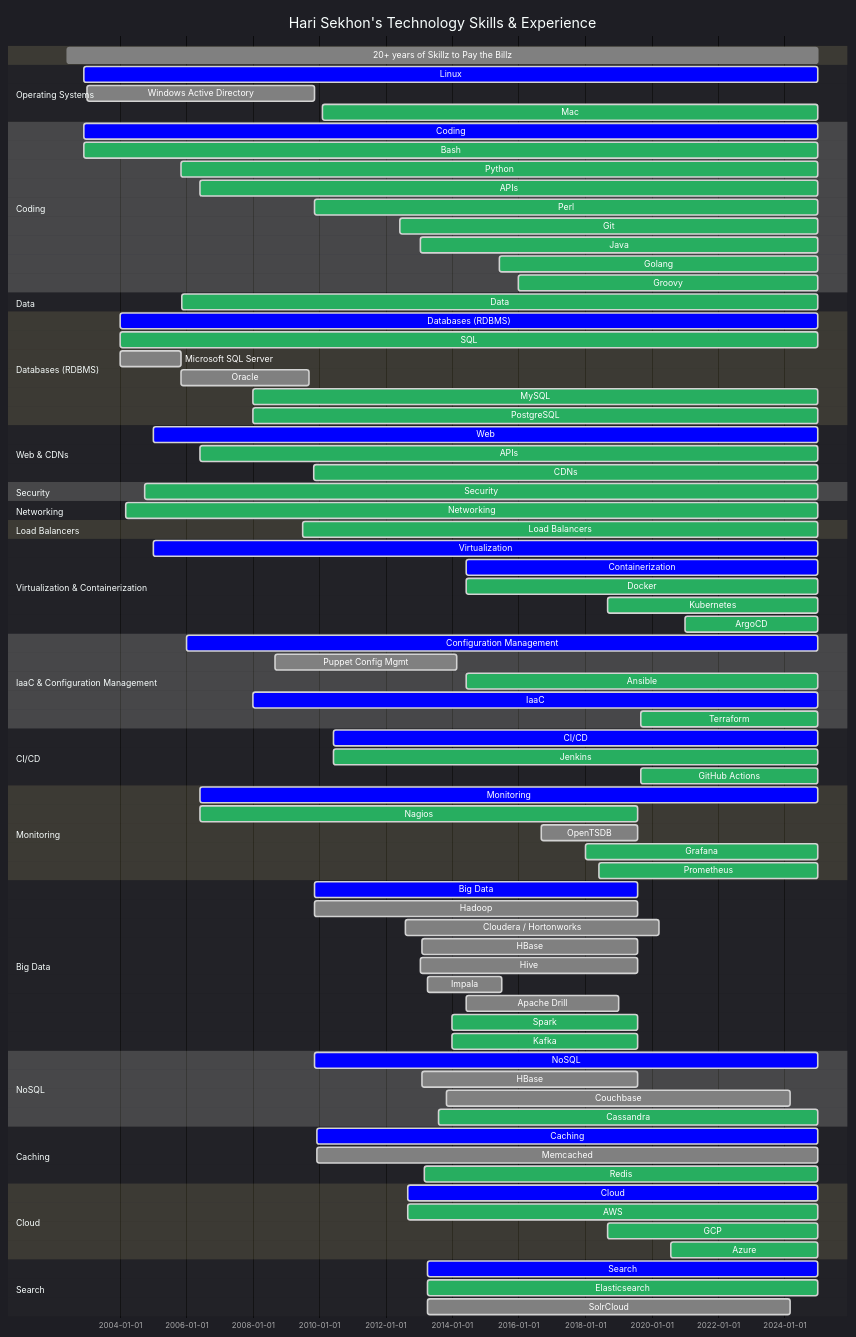
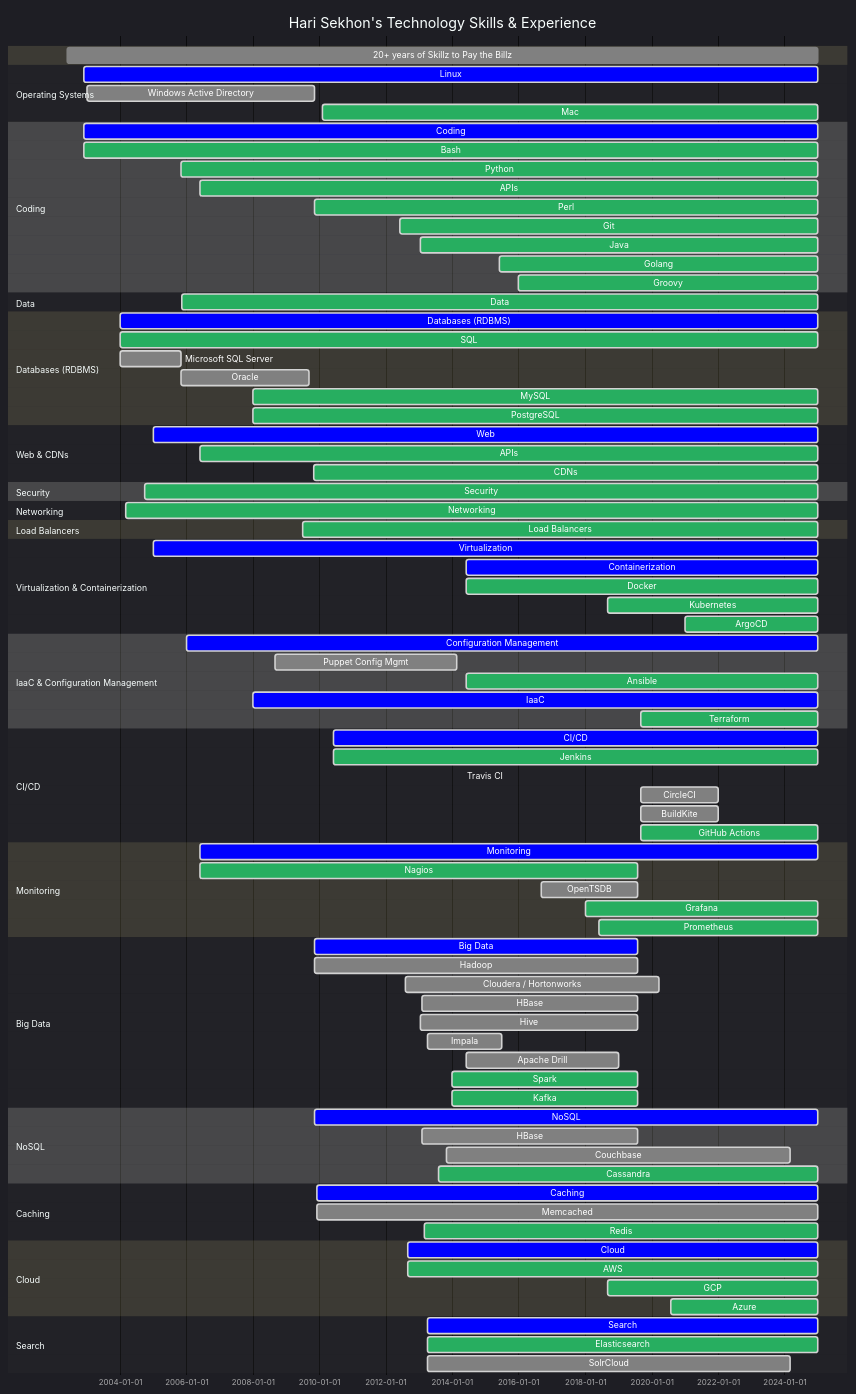
One commit to HariSekhon/HariSekhon changed the diagram in README.md. Above: the diagram before and after it, drawn with Mermaid.

```diff
--- a/README.md
+++ b/README.md
@@ -414,10 +414,10 @@
     section CI/CD
     CI/CD                  : crit, 2010-06-01, 2024-12-31
     Jenkins                : active, 2010-06-01, 2024-12-31
-    %%Travis CI              : done, 2014-05-01, 2019-06-31
+    Travis CI              : done, 2014-05-01, 2019-06-31
+    CircleCI               : done, 2019-09-01, 2021-12-31
+    BuildKite              : done, 2019-09-01, 2021-12-31
     GitHub Actions         : active, 2019-09-01, 2024-12-31
-    %%CircleCI               : done, 2019-09-01, 2021-12-31
-    %%BuildKite              : done, 2019-09-01, 2021-12-31
     %%GitLab                 : active, 2019-09-01, 2022-12-31
     %%Azure DevOps           : done, 2019-09-01, 2022-12-31
     %%Bitbucket              : done, 2019-09-01, 2022-12-31
```
